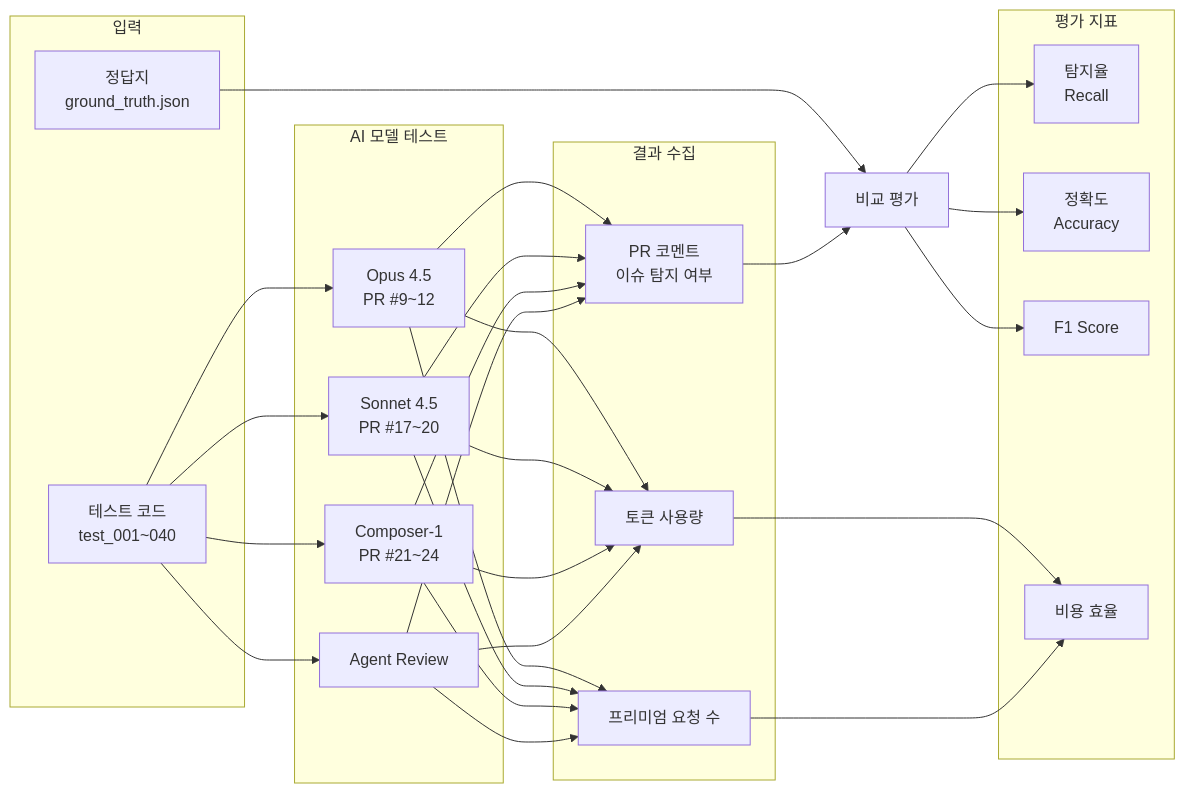
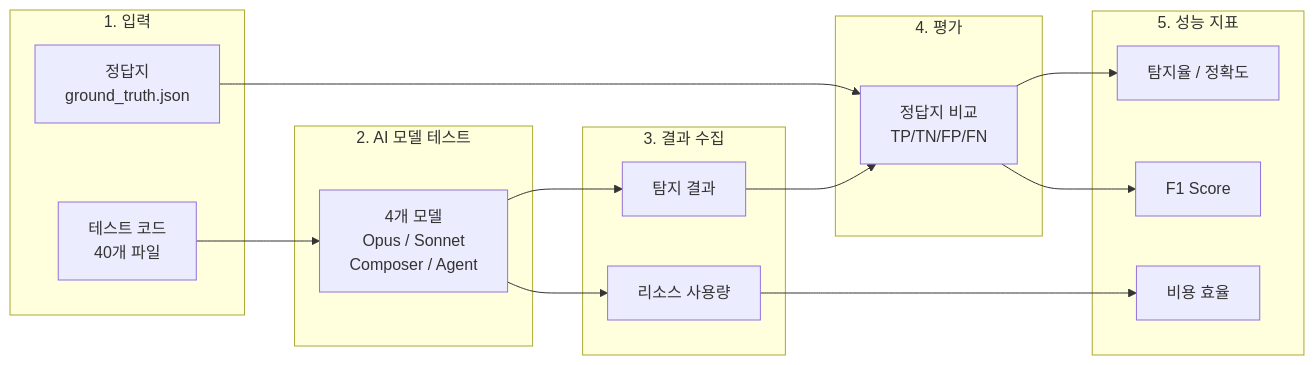
The second of 3 diagrams in README.md (ghlee0308/juliet-test-suite-c_gh), drawn with Mermaid before and after one commit. The commit also changed other lines of this file, not shown here.

Commit message:
Update mermaid diagrams in README.md

````diff
--- a/README.md
+++ b/README.md
@@ -106,34 +103,35 @@
 ```mermaid
 flowchart LR
-    subgraph 입력["입력"]
-        A1[테스트 코드<br>test_001~040]
+    subgraph 입력["1. 입력"]
+        A1[테스트 코드<br>40개 파일]
         A2[정답지<br>ground_truth.json]
     end
     
-    subgraph 모델테스트["AI 모델 테스트"]
-        B1[Opus 4.5<br>PR #9~12]
-        B2[Sonnet 4.5<br>PR #17~20]
-        B3[Composer-1<br>PR #21~24]
-        B4[Agent Review]
+    subgraph 테스트["2. AI 모델 테스트"]
+        B[4개 모델<br>Opus / Sonnet<br>Composer / Agent]
     end
     
-    subgraph 결과수집["결과 수집"]
-        C1[PR 코멘트<br>이슈 탐지 여부]
-        C2[토큰 사용량]
-        C3[프리미엄 요청 수]
+    subgraph 수집["3. 결과 수집"]
+        C1[탐지 결과]
+        C2[리소스 사용량]
     end
     
-    subgraph 평가지표["평가 지표"]
-        D1[탐지율<br>Recall]
-        D2[정확도<br>Accuracy]
-        D3[F1 Score]
-        D4[비용 효율]
+    subgraph 평가["4. 평가"]
+        D[정답지 비교<br>TP/TN/FP/FN]
     end
     
-    A1 --> B1 & B2 & B3 & B4
-    A2 --> E[비교 평가]
-    B1 & B2 & B3 & B4 --> C1 & C2 & C3
-    C1 --> E
-    E --> D1 & D2 & D3
-    C2 & C3 --> D4
+    subgraph 지표["5. 성능 지표"]
+        E1[탐지율 / 정확도]
+        E2[F1 Score]
+        E3[비용 효율]
+    end
+    
+    A1 --> B
+    B --> C1
+    B --> C2
+    C1 --> D
+    A2 --> D
+    D --> E1
+    D --> E2
+    C2 --> E3
 ```
````
